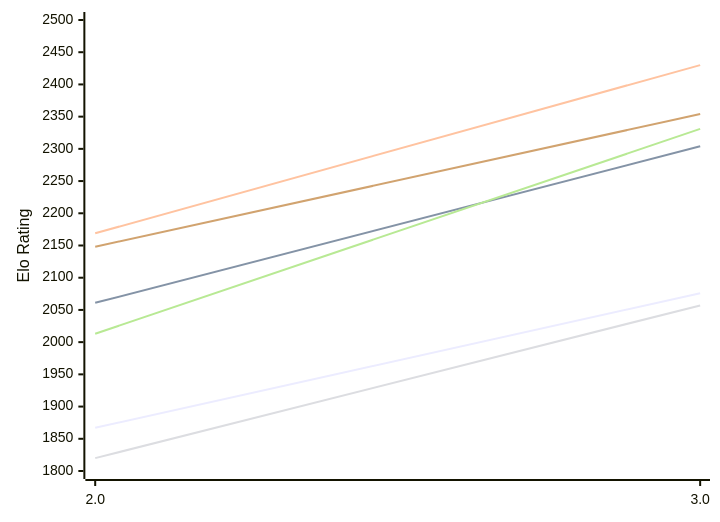
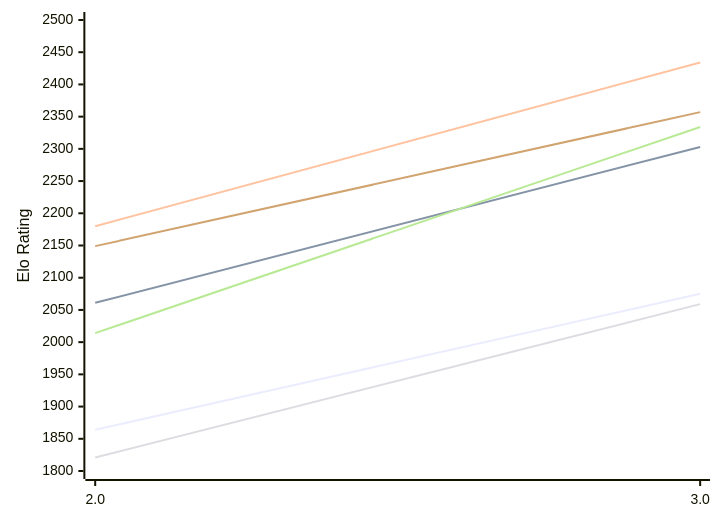
One commit to computer-chess-index/cci changed the first of 2 diagrams in engines/Zeno.md. Above: the diagram before and after it, drawn with Mermaid. The commit also changed other lines of this file, not shown here.

Commit message:
Update CCI Ratings (ELO VLTC) - 2026-11-24

````diff
--- a/engines/Zeno.md
+++ b/engines/Zeno.md
@@ -50,12 +50,12 @@
 ```mermaid
 %%{init: {"theme":"base","themeVariables":{"seriesColors:['#a3a3a3','#222221','#faa371']}}}%%
 xychart-beta
   x-axis ["2.0", "3.0"]
   y-axis "Elo Rating" 1800 --> 2500
-  line "E1: STC (8.0+0.08s)" [1867, 2076]
-  line "E1: LTC (60.0+0.60s)" [2061, 2304]
-  line "E1: VLTC (2m24s+1.12s)" [2169, 2430]
-  line "P1: STC (8.0+0.08s)" [1820, 2057]
-  line "P1: LTC (60.0+0.60s)" [2013, 2331]
-  line "P1: VLTC (2m24s+1.12s)" [2148, 2354]
+  line "E1: STC (8.0+0.08s)" [1864, 2075]
+  line "E1: LTC (60.0+0.60s)" [2061, 2303]
+  line "E1: VLTC (2m24s+1.12s)" [2180, 2434]
+  line "P1: STC (8.0+0.08s)" [1821, 2059]
+  line "P1: LTC (60.0+0.60s)" [2014, 2334]
+  line "P1: VLTC (2m24s+1.12s)" [2149, 2357]
 ```
````
